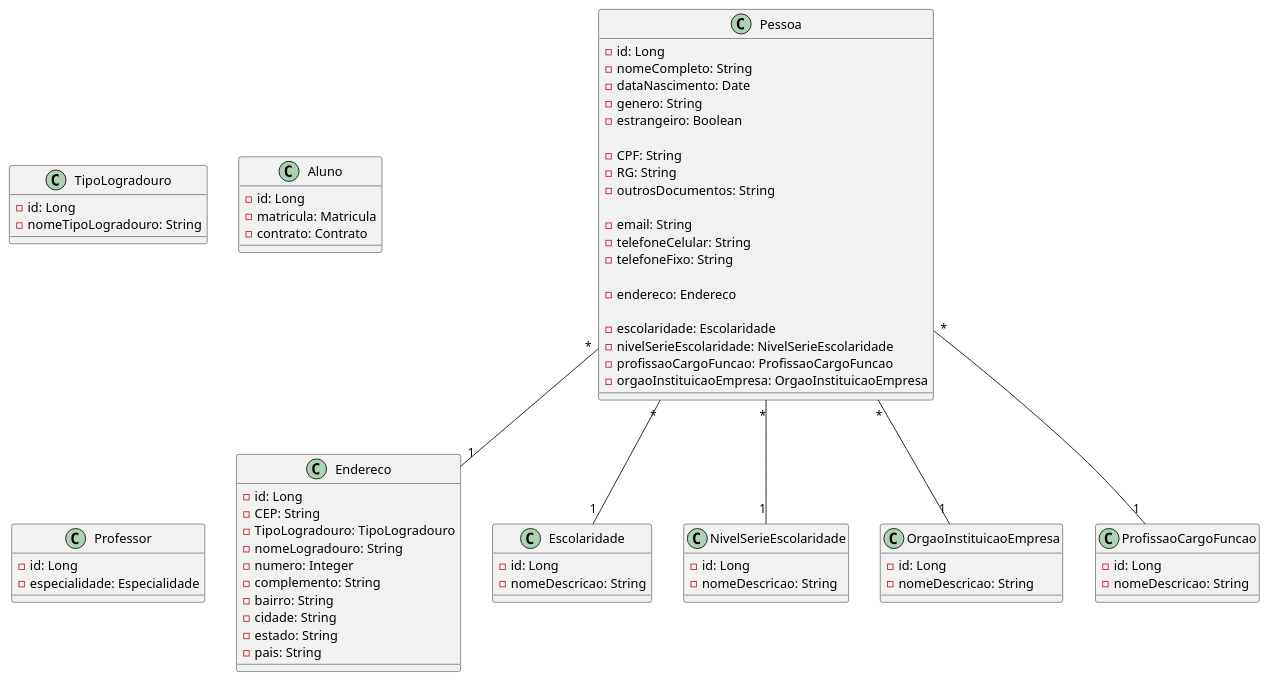
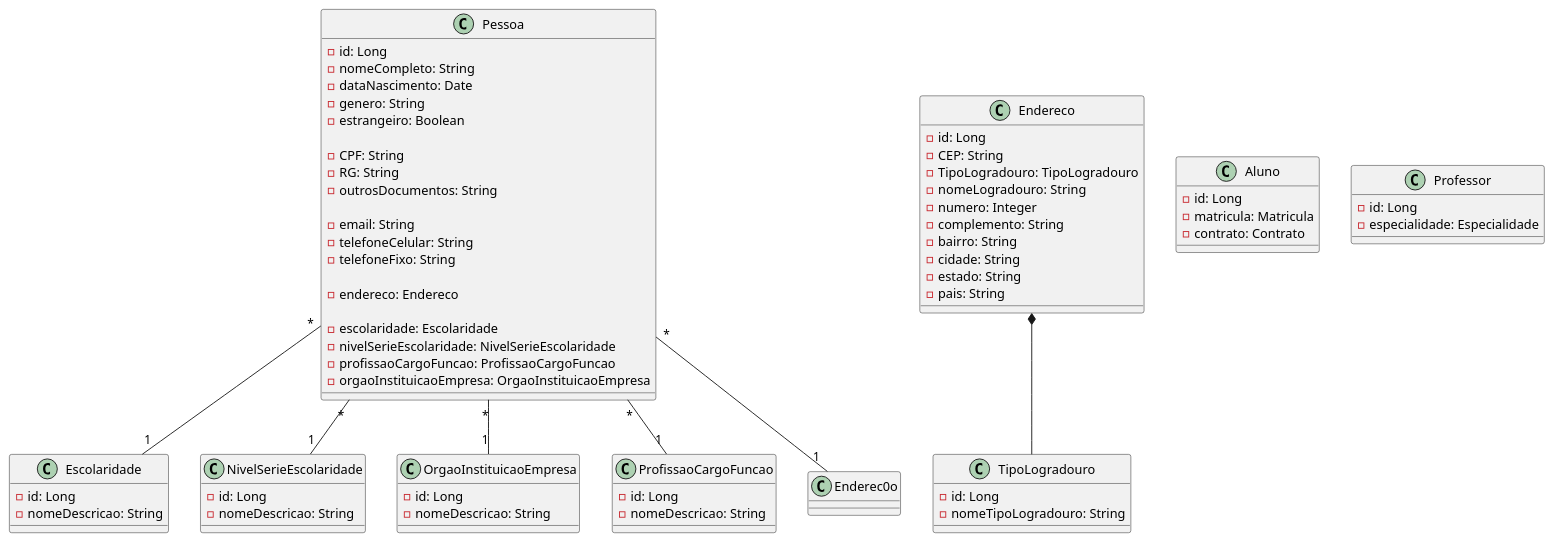
The diagram in docs/diagrams/dc_entidadesPrincipais.puml (Vitor-rs/AgePlan_backend), drawn with PlantUML before and after one commit. The commit also changed 11 other files, not shown here.

```diff
--- a/docs/diagrams/dc_entidadesPrincipais.puml
+++ b/docs/diagrams/dc_entidadesPrincipais.puml
@@ -1,82 +1,82 @@
 @startuml
 
 class Pessoa {
     - id: Long
     - nomeCompleto: String
     - dataNascimento: Date
     - genero: String
     - estrangeiro: Boolean
 
     - CPF: String
     - RG: String
     - outrosDocumentos: String
 
     - email: String
     - telefoneCelular: String
     - telefoneFixo: String
 
     - endereco: Endereco
 
     - escolaridade: Escolaridade
     - nivelSerieEscolaridade: NivelSerieEscolaridade
     - profissaoCargoFuncao: ProfissaoCargoFuncao
     - orgaoInstituicaoEmpresa: OrgaoInstituicaoEmpresa
 }
 
 class Endereco {
     - id: Long
     - CEP: String
     - TipoLogradouro: TipoLogradouro
     - nomeLogradouro: String
     - numero: Integer
     - complemento: String
     - bairro: String
     - cidade: String
     - estado: String
     - pais: String
 }
 
 class TipoLogradouro {
     - id: Long
     - nomeTipoLogradouro: String
 }
 
 class Escolaridade {
     - id: Long
     - nomeDescricao: String
 }
 
 class NivelSerieEscolaridade {
     - id: Long
     - nomeDescricao: String
 }
 
 class OrgaoInstituicaoEmpresa {
     - id: Long
     - nomeDescricao: String
 }
 
 class ProfissaoCargoFuncao {
     - id: Long
     - nomeDescricao: String
 }
 
 class Aluno {
     - id: Long
     - matricula: Matricula
     - contrato: Contrato
 }
  class Professor {
     - id: Long
     - especialidade: Especialidade
 }
 
-Pessoa "*" -- "1" Endereco
+Pessoa "*" -- "1" Enderec0o
 Pessoa "*" -- "1" Escolaridade
 Pessoa "*" -- "1" NivelSerieEscolaridade
 Pessoa "*" -- "1" ProfissaoCargoFuncao
 Pessoa "*" -- "1" OrgaoInstituicaoEmpresa
 
-
+Endereco *-- TipoLogradouro
 
 @enduml
```
